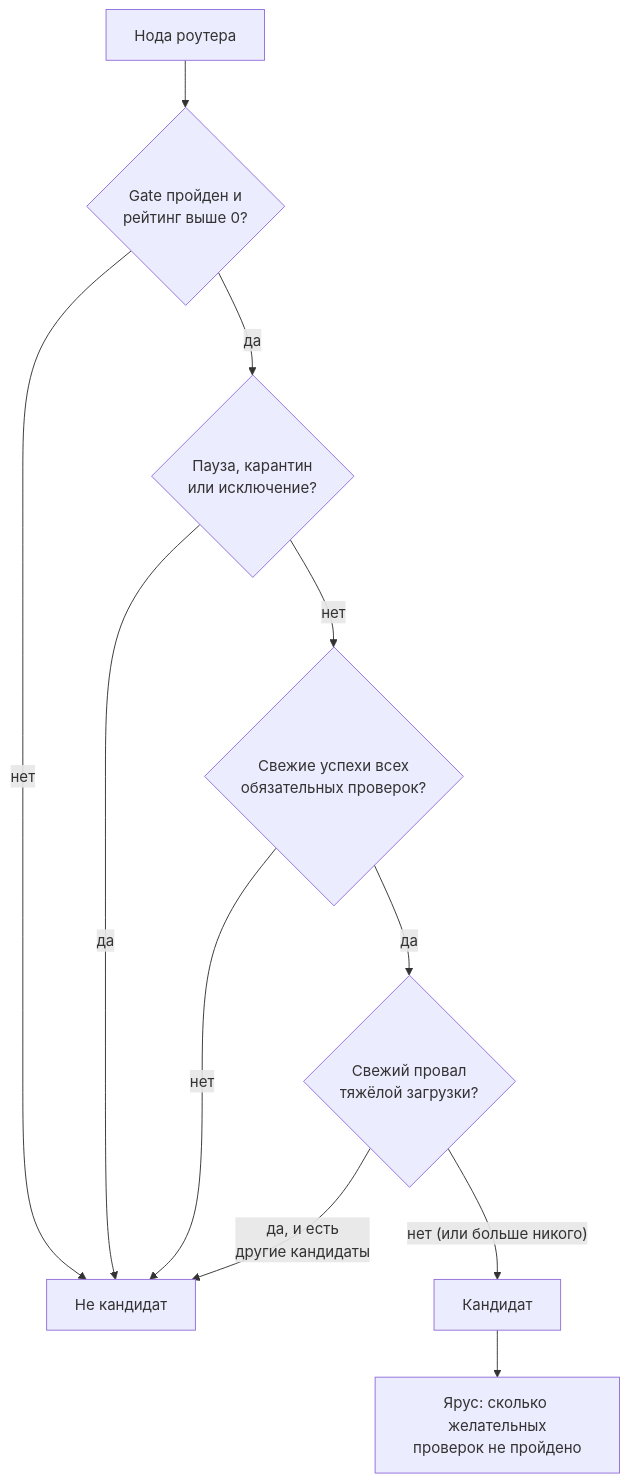
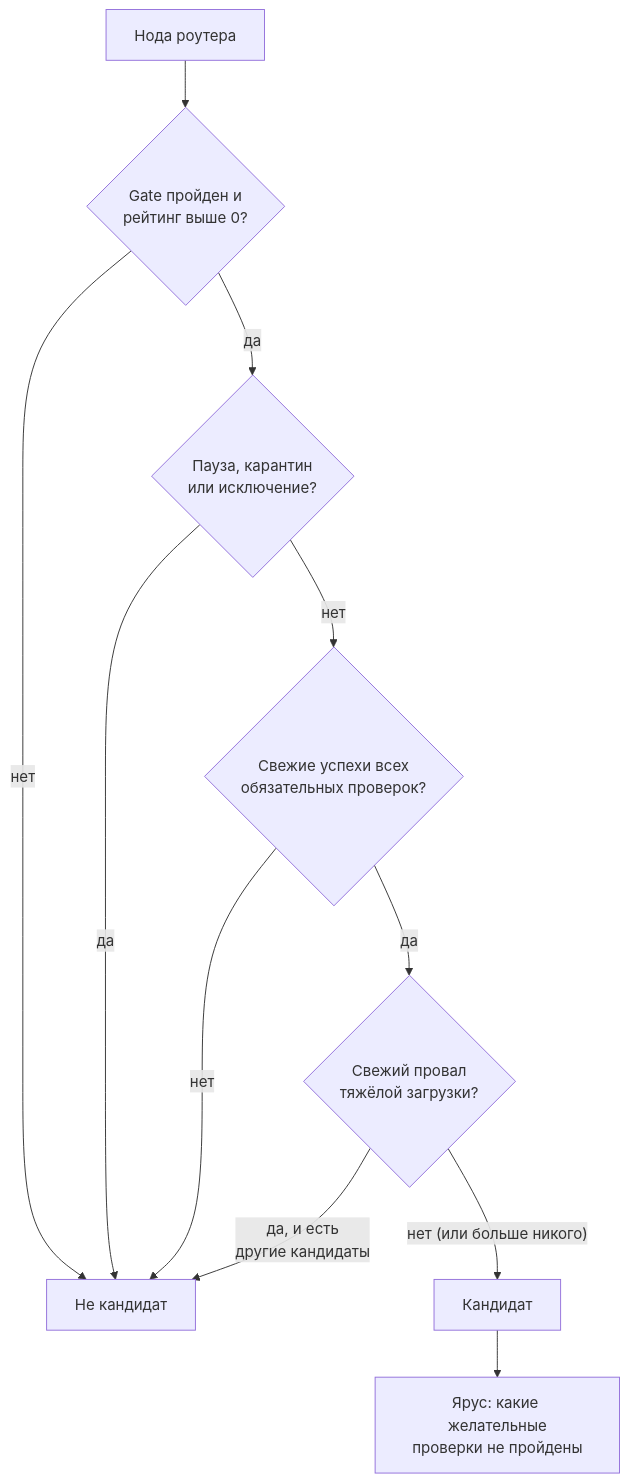
Before and after one commit to ancored/nodes-tester: the first of 3 diagrams in docs/help/groups.ru.md, drawn with Mermaid. The commit also changed other lines of this file and 29 other files, not shown here.

````diff
--- a/docs/help/groups.ru.md
+++ b/docs/help/groups.ru.md
@@ -61,13 +61,13 @@
 ```mermaid
 flowchart TD
     n["Нода роутера"] --> g{"Gate пройден и<br>рейтинг выше 0?"}
     g -->|нет| out["Не кандидат"]
     g -->|да| r{"Пауза, карантин<br>или исключение?"}
     r -->|да| out
     r -->|нет| req{"Свежие успехи всех<br>обязательных проверок?"}
     req -->|нет| out
     req -->|да| hv{"Свежий провал<br>тяжёлой загрузки?"}
     hv -->|"да, и есть<br>другие кандидаты"| out
     hv -->|"нет (или больше никого)"| cand["Кандидат"]
-    cand --> tier["Ярус: сколько желательных<br>проверок не пройдено"]
+    cand --> tier["Ярус: какие желательные<br>проверки не пройдены"]
 ```
````
